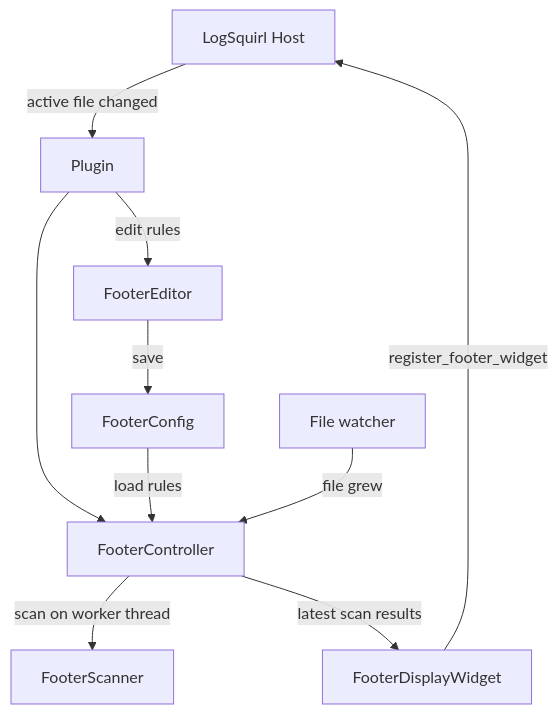
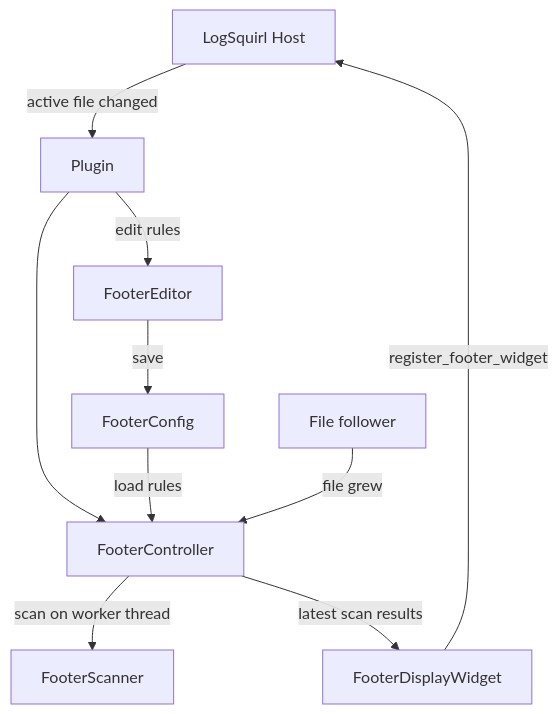
One commit to 64x-lunicorn/LogSquirl-CustomFooter changed the first of 2 diagrams in README.md. Above: the diagram before and after it, drawn with Mermaid. The commit also changed other lines of this file and 2 other files, not shown here.

Commit message:
Document that the footer follows the active file through the file follower (#35)

````diff
--- a/README.md
+++ b/README.md
@@ -279,12 +280,12 @@
 ```mermaid
 graph TD
     A[LogSquirl Host] -->|active file changed| B[Plugin]
     B --> G[FooterController]
     D[FooterConfig] -->|load rules| G
     G -->|scan on worker thread| C[FooterScanner]
-    H[File watcher] -->|file grew| G
+    H[File follower] -->|file grew| G
     G -->|latest scan results| E[FooterDisplayWidget]
     E -->|register_footer_widget| A
     B -->|edit rules| F[FooterEditor]
     F -->|save| D
 ```
````
